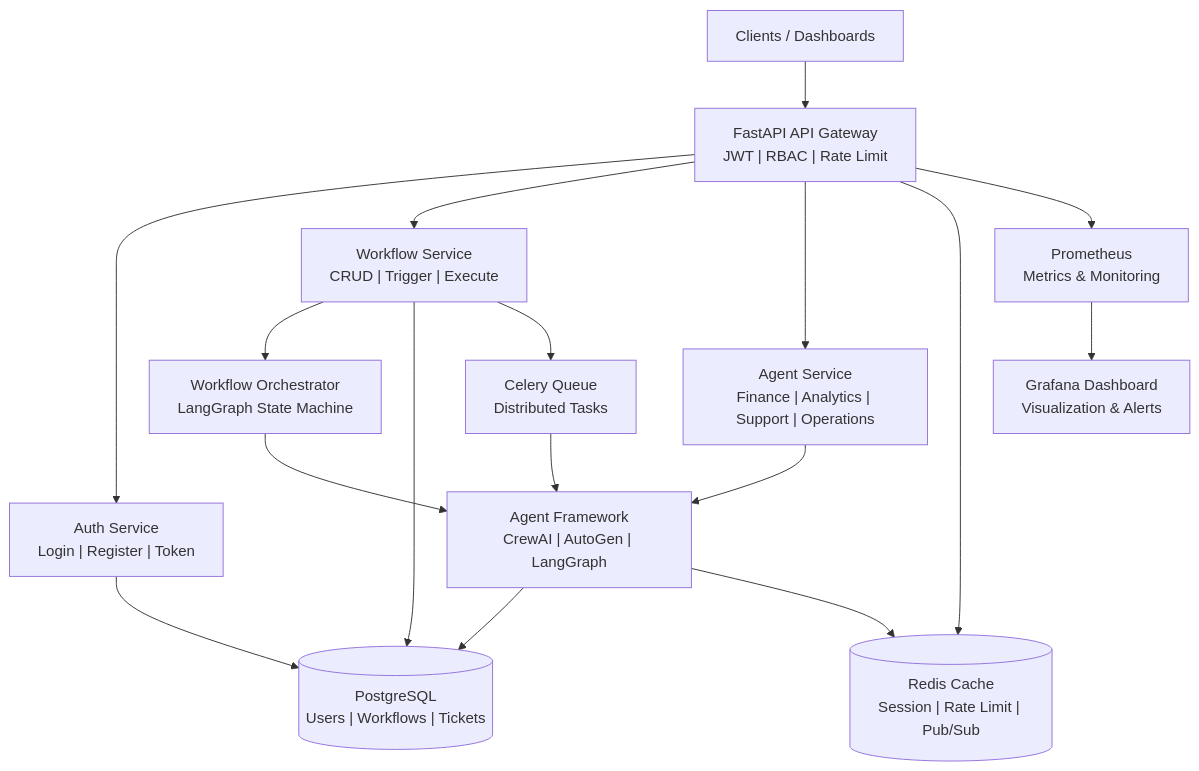
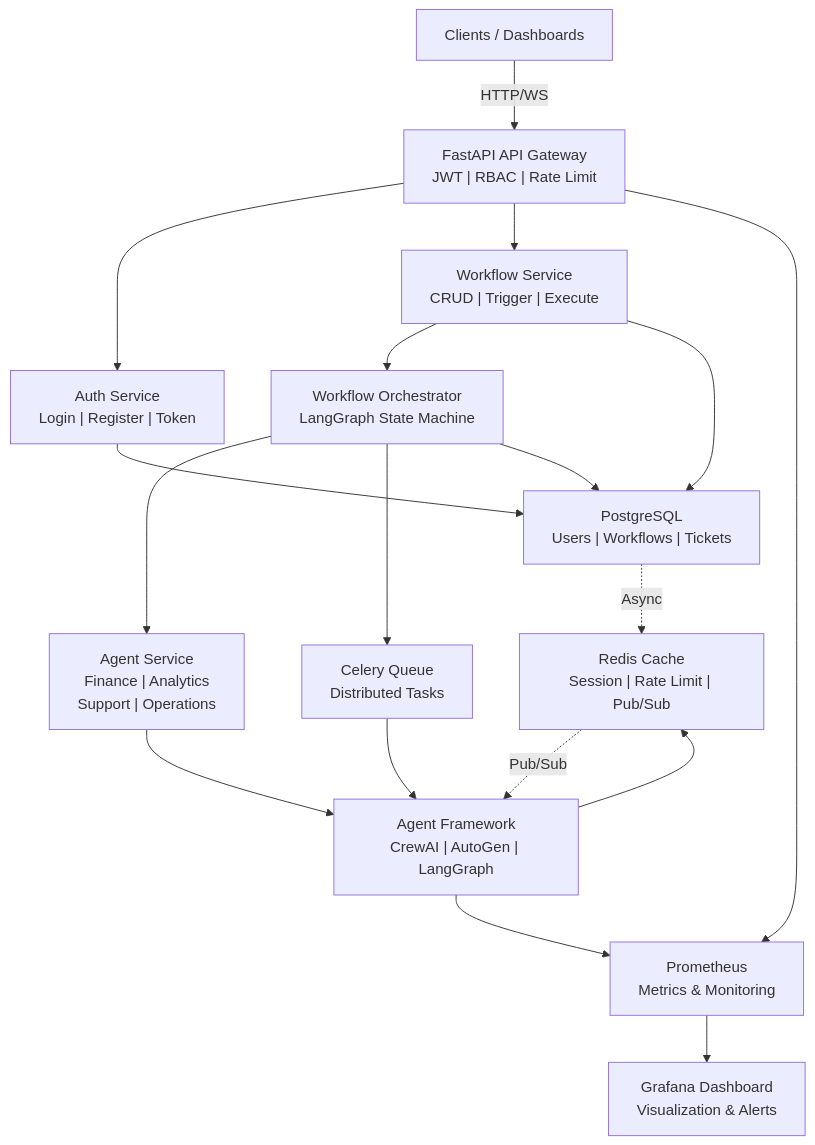
Before and after one commit to su-jin1425/Multi-Agent-Business-Automation: the first of 4 diagrams in README.md, drawn with Mermaid. The commit also changed other lines of this file and 1 other file, not shown here.

````diff
--- a/README.md
+++ b/README.md
@@ -31,32 +7,33 @@
 ```mermaid
 graph TB
     Client["Clients / Dashboards"]
     GW["FastAPI API Gateway<br/>JWT | RBAC | Rate Limit"]
     Auth["Auth Service<br/>Login | Register | Token"]
     WF["Workflow Service<br/>CRUD | Trigger | Execute"]
     WFO["Workflow Orchestrator<br/>LangGraph State Machine"]
-    AgentSvc["Agent Service<br/>Finance | Analytics | Support | Operations"]
+    AgentSvc["Agent Service<br/>Finance | Analytics<br/>Support | Operations"]
     Agents["Agent Framework<br/>CrewAI | AutoGen | LangGraph"]
-    DB[("PostgreSQL<br/>Users | Workflows | Tickets")]
-    Cache[("Redis Cache<br/>Session | Rate Limit | Pub/Sub")]
+    DB["PostgreSQL<br/>Users | Workflows | Tickets"]
+    Cache["Redis Cache<br/>Session | Rate Limit | Pub/Sub"]
     Queue["Celery Queue<br/>Distributed Tasks"]
     Monitor["Prometheus<br/>Metrics & Monitoring"]
     Grafana["Grafana Dashboard<br/>Visualization & Alerts"]
-
-    Client --> GW
+    
+    Client -->|HTTP/WS| GW
     GW --> Auth
     GW --> WF
-    GW --> AgentSvc
     WF --> WFO
-    WFO --> Agents
+    WFO --> AgentSvc
     AgentSvc --> Agents
+    Agents --> Cache
+    WFO --> Queue
+    Queue --> Agents
+    Auth --> DB
     WF --> DB
-    WF --> Queue
-    Queue --> Agents
-    Agents --> DB
-    Auth --> DB
-    GW --> Cache
-    Agents --> Cache
+    WFO --> DB
+    Agents --> Monitor
     GW --> Monitor
     Monitor --> Grafana
+    Cache -.->|Pub/Sub| Agents
+    DB -.->|Async| Cache
 ```
````
